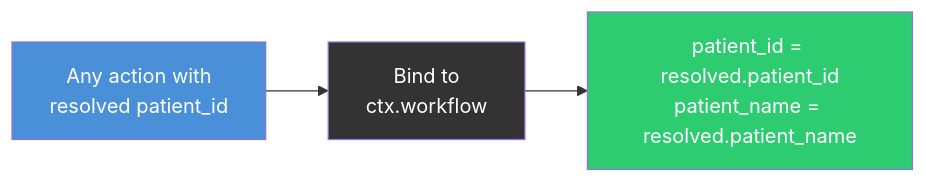
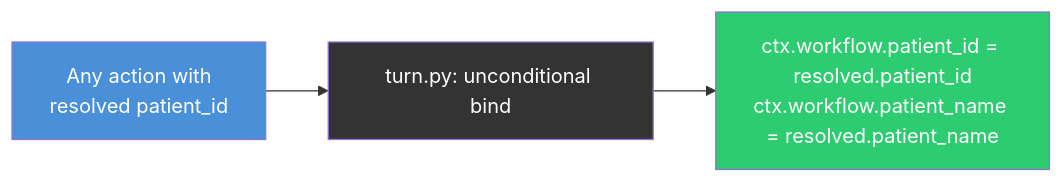
The tenth of 11 diagrams in docs/adr/0013-architecture-diagram.md (moments8890/doctor-ai-agent), drawn with Mermaid before and after one commit. The commit also changed other lines of this file, not shown here.

First line of the commit message:
docs: rewrite ADR 0013 diagrams to match ADR decisions

````diff
--- a/docs/adr/0013-architecture-diagram.md
+++ b/docs/adr/0013-architecture-diagram.md
@@ -198,9 +266,9 @@
 ```mermaid
 flowchart LR
-    A["Any action with<br/>resolved patient_id"] --> B["Bind to<br/>ctx.workflow"]
-    B --> C["patient_id = resolved.patient_id<br/>patient_name = resolved.patient_name"]
+    A["Any action with<br/>resolved patient_id"] --> B["turn.py: unconditional bind"]
+    B --> C["ctx.workflow.patient_id = resolved.patient_id<br/>ctx.workflow.patient_name = resolved.patient_name"]
 
     style A fill:#4a90d9,color:#fff
     style B fill:#333,color:#fff
     style C fill:#2ecc71,color:#fff
 ```
````
